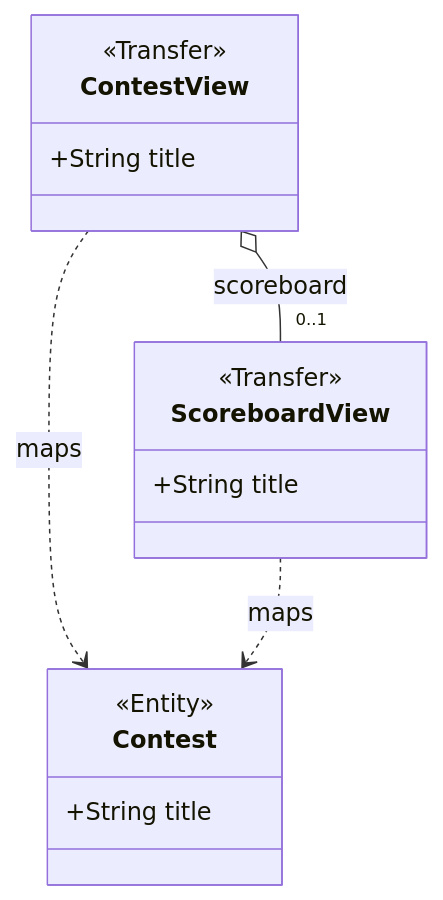
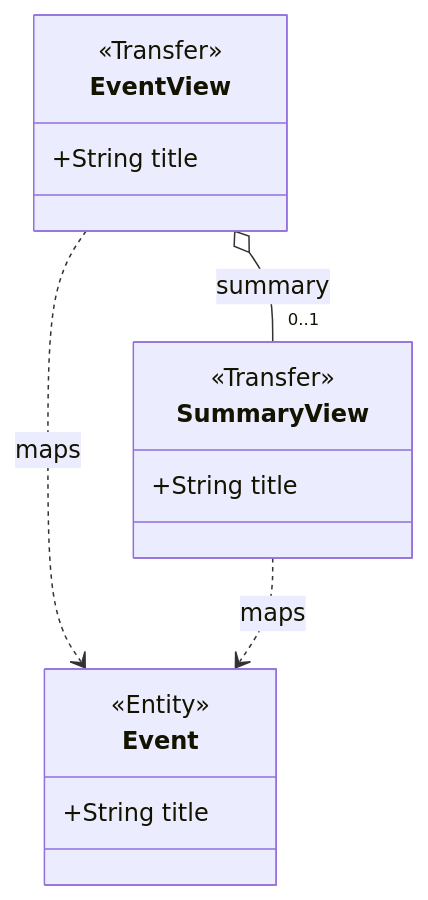
Before and after one commit to BlackBeltTechnology/judo-blueprint: the diagram in catalog/best-practices/model/self-referencing-derived-relation.md, drawn with Mermaid. The commit also changed other lines of this file and 538 other files, not shown here.

````diff
--- a/catalog/best-practices/model/self-referencing-derived-relation.md
+++ b/catalog/best-practices/model/self-referencing-derived-relation.md
@@ -64,18 +64,18 @@
 ```mermaid
 classDiagram
-  class Contest {
+  class Event {
     <<Entity>>
     +String title
   }
-  class ContestView {
+  class EventView {
     <<Transfer>>
     +String title
   }
-  class ScoreboardView {
+  class SummaryView {
     <<Transfer>>
     +String title
   }
-  ContestView ..> Contest : maps
-  ContestView o-- "0..1" ScoreboardView : scoreboard
-  ScoreboardView ..> Contest : maps
+  EventView ..> Event : maps
+  EventView o-- "0..1" SummaryView : summary
+  SummaryView ..> Event : maps
 ```
````
